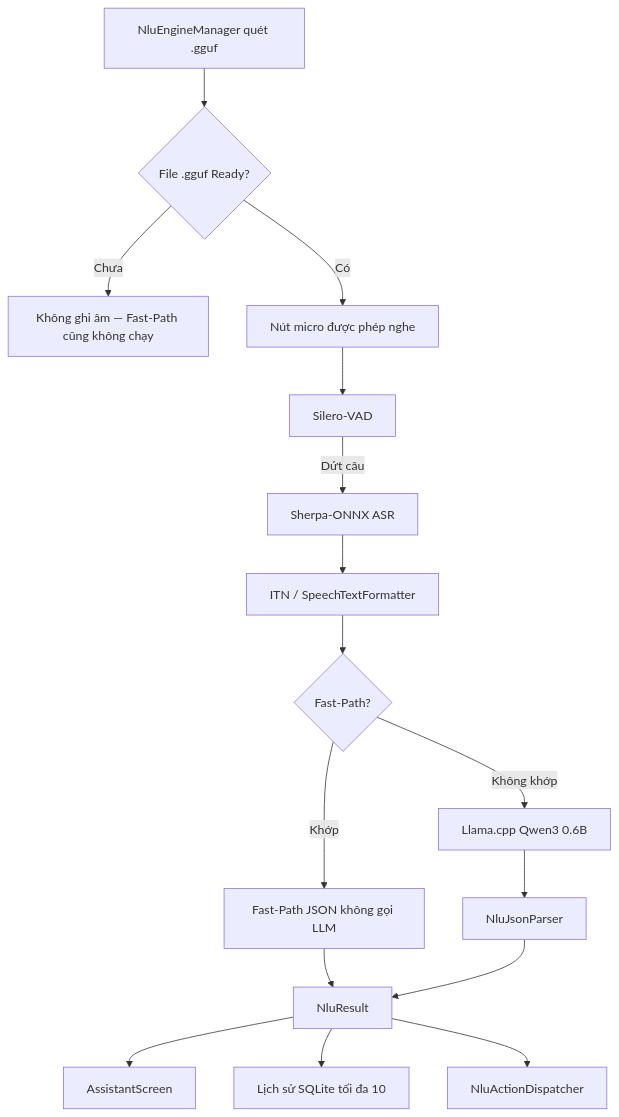
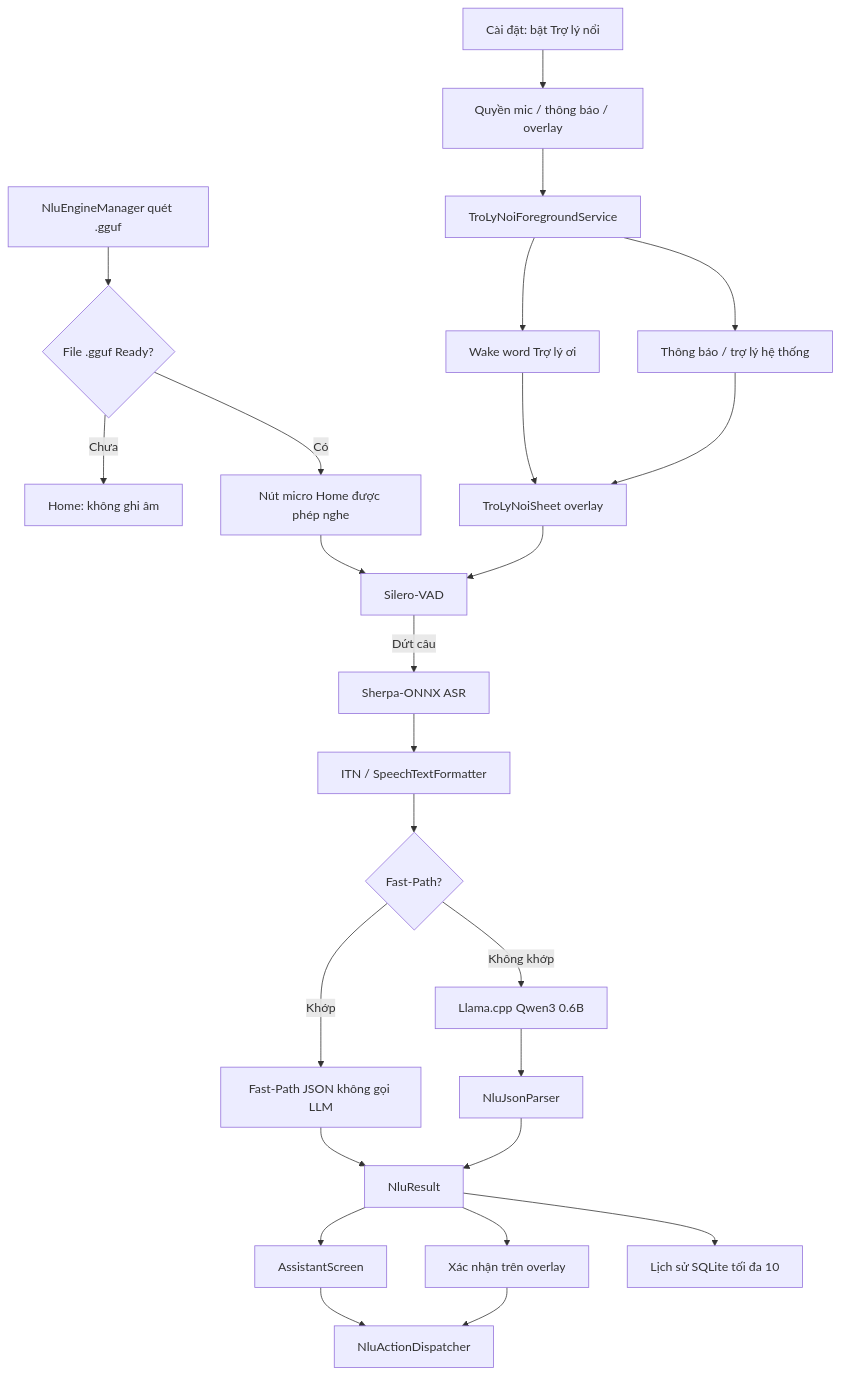
One commit to tuanhdevvn/ViDroidCall-Studio changed the diagram in README.md. Above: the diagram before and after it, drawn with Mermaid. The commit also changed other lines of this file and 6 other files, not shown here.

First line of the commit message:
docs: cap nhat README va schema cho Tro ly noi

````diff
--- a/README.md
+++ b/README.md
@@ -112,18 +142,27 @@
 ```mermaid
 flowchart TD
     A["NluEngineManager quét .gguf"] --> H{"File .gguf Ready?"}
-    H -- "Chưa" --> K["Không ghi âm — Fast-Path cũng không chạy"]
-    H -- "Có" --> M0["Nút micro được phép nghe"]
+    H -- "Chưa" --> K["Home: không ghi âm"]
+    H -- "Có" --> M0["Nút micro Home được phép nghe"]
+    S["Cài đặt: bật Trợ lý nổi"] --> P["Quyền mic / thông báo / overlay"]
+    P --> FS["TroLyNoiForegroundService"]
+    FS --> W["Wake word Trợ lý ơi"]
+    FS --> N["Thông báo / trợ lý hệ thống"]
+    W --> OV["TroLyNoiSheet overlay"]
+    N --> OV
     M0 --> B["Silero-VAD"]
+    OV --> B
     B -->|"Dứt câu"| C["Sherpa-ONNX ASR"]
     C --> D["ITN / SpeechTextFormatter"]
     D --> E{"Fast-Path?"}
     E -- "Khớp" --> F["Fast-Path JSON không gọi LLM"]
     E -- "Không khớp" --> I["Llama.cpp Qwen3 0.6B"]
     I --> J["NluJsonParser"]
     F --> L["NluResult"]
     J --> L
     L --> UI["AssistantScreen"]
-    L --> N["Lịch sử SQLite tối đa 10"]
-    L --> O["NluActionDispatcher"]
+    L --> OX["Xác nhận trên overlay"]
+    L --> HIS["Lịch sử SQLite tối đa 10"]
+    UI --> DIS["NluActionDispatcher"]
+    OX --> DIS
 ```
````
